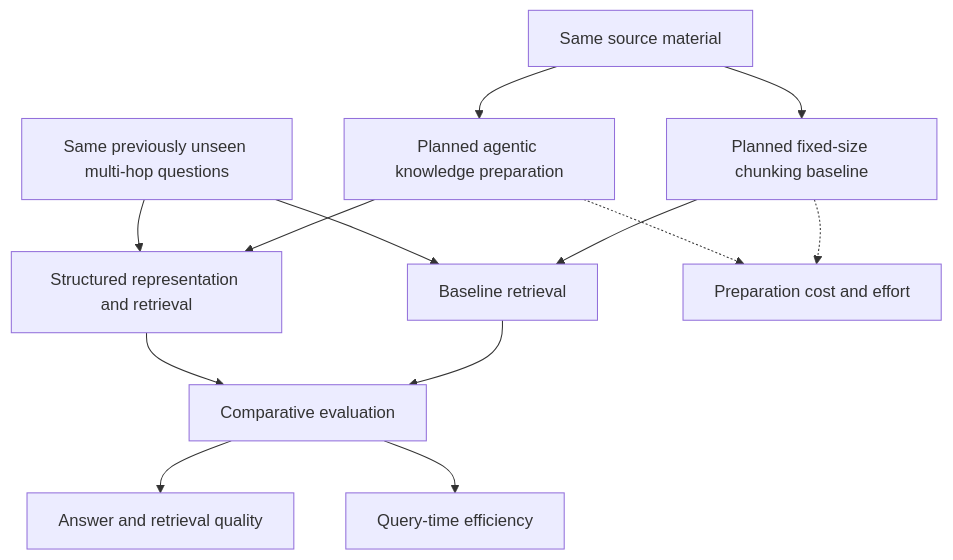
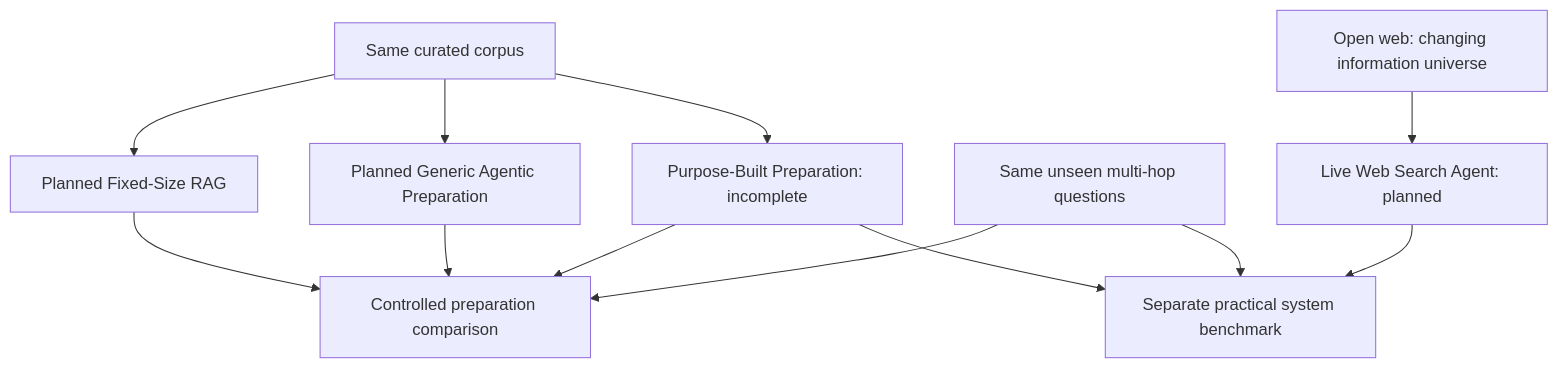
The fifth of 5 diagrams in docs/architecture.md (alexander-rewitzer/league-knowledge-platform), drawn with Mermaid before and after one commit. The commit also changed other lines of this file and 2 other files, not shown here.

Commit message:
Clarify research questions and planned experimental comparisons

````diff
--- a/docs/architecture.md
+++ b/docs/architecture.md
@@ -174,15 +190,14 @@
 ```mermaid
 flowchart TD
-    S["Same source material"] --> B["Planned fixed-size chunking baseline"]
-    S --> A["Planned agentic knowledge preparation"]
-    B --> BR["Baseline retrieval"]
-    A --> AR["Structured representation and retrieval"]
-    Q["Same previously unseen multi-hop questions"] --> BR
-    Q --> AR
-    BR --> E["Comparative evaluation"]
-    AR --> E
-    E --> K["Answer and retrieval quality"]
-    E --> T["Query-time efficiency"]
-    B -.-> P["Preparation cost and effort"]
-    A -.-> P
+    C["Same curated corpus"] --> F["Planned Fixed-Size RAG"]
+    C --> G["Planned Generic Agentic Preparation"]
+    C --> P["Purpose-Built Preparation: incomplete"]
+    F --> E["Controlled preparation comparison"]
+    G --> E
+    P --> E
+    Q["Same unseen multi-hop questions"] --> E
+    Q --> B["Separate practical system benchmark"]
+    P --> B
+    W["Live Web Search Agent: planned"] --> B
+    O["Open web: changing information universe"] --> W
 ```
````
